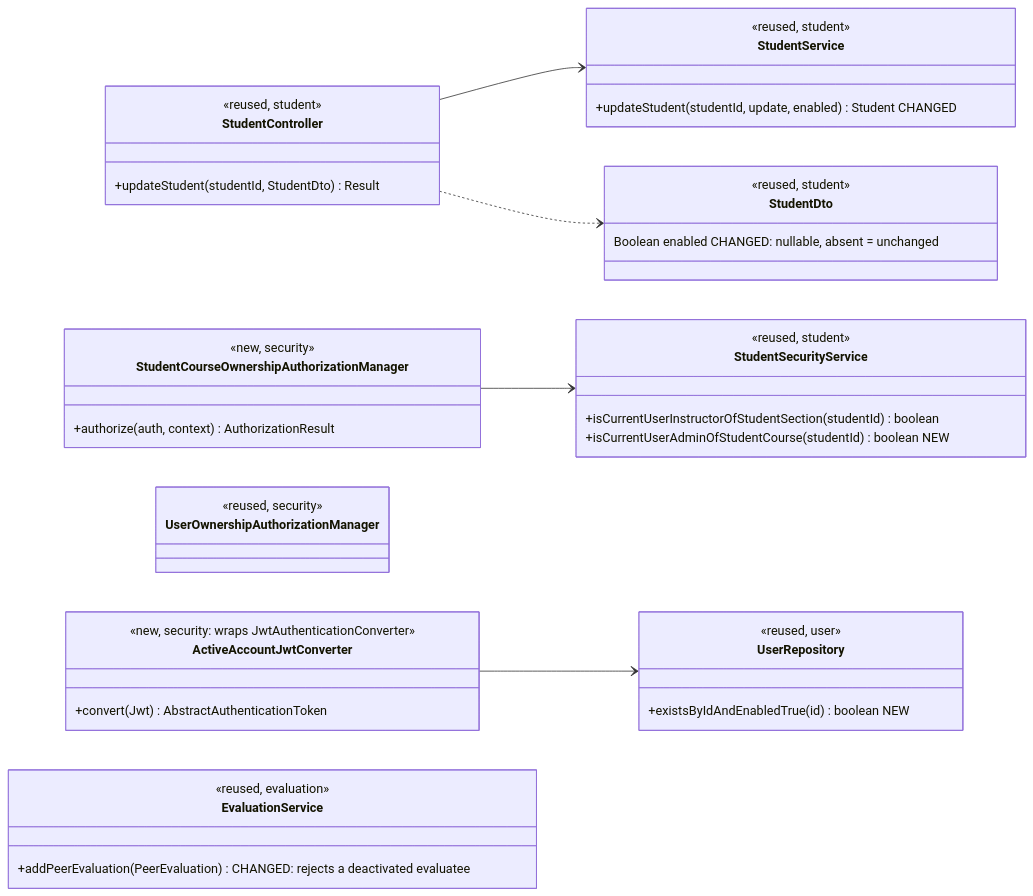
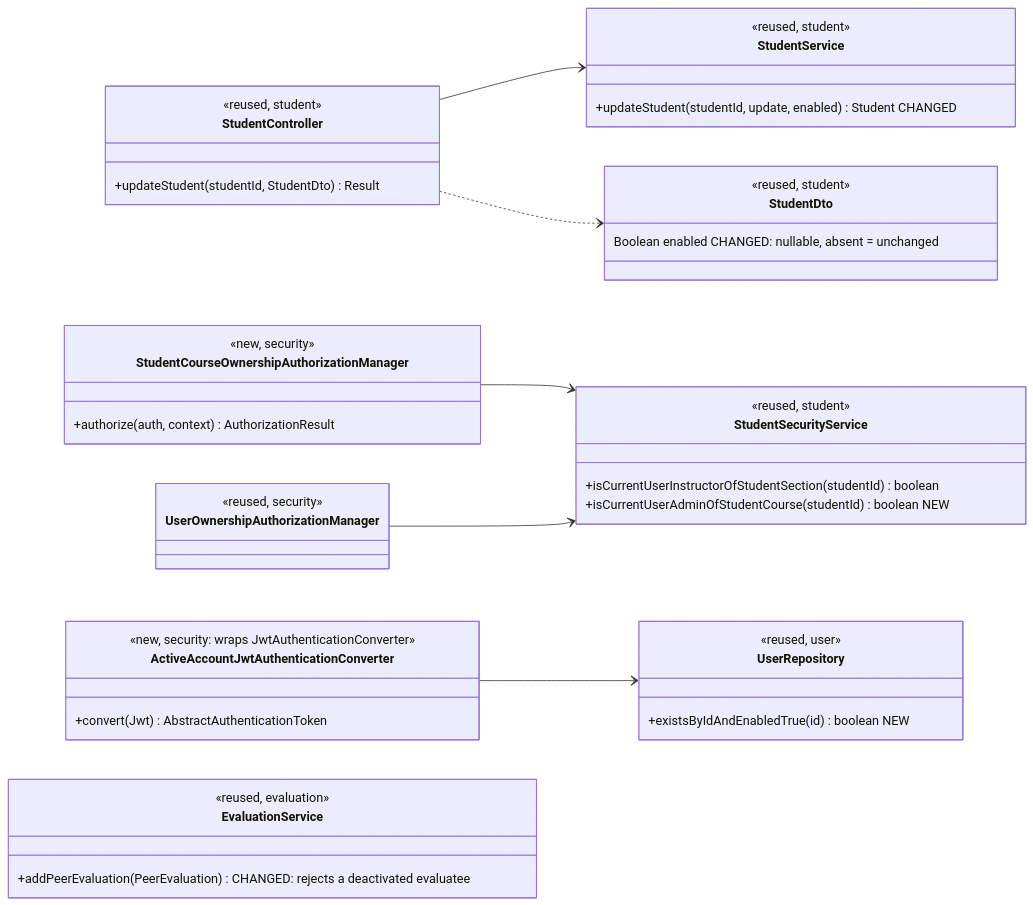
The first of 4 diagrams in docs/design/stu.md (PathNotFound404/add-a-use-case), drawn with Mermaid before and after one commit. The commit also changed other lines of this file and 1 other file, not shown here.

````diff
--- a/docs/design/stu.md
+++ b/docs/design/stu.md
@@ -21,44 +21,45 @@
 ```mermaid
 classDiagram
     direction LR
     class StudentController {
         <<reused, student>>
         +updateStudent(studentId, StudentDto) Result
     }
     class StudentService {
         <<reused, student>>
         +updateStudent(studentId, update, enabled) Student  CHANGED
     }
     class StudentDto {
         <<reused, student>>
         Boolean enabled  CHANGED: nullable, absent = unchanged
     }
     class StudentSecurityService {
         <<reused, student>>
         +isCurrentUserInstructorOfStudentSection(studentId) boolean
         +isCurrentUserAdminOfStudentCourse(studentId) boolean  NEW
     }
     class StudentCourseOwnershipAuthorizationManager {
         <<new, security>>
         +authorize(auth, context) AuthorizationResult
     }
     class UserOwnershipAuthorizationManager {
         <<reused, security>>
     }
-    class ActiveAccountJwtConverter {
+    class ActiveAccountJwtAuthenticationConverter {
         <<new, security: wraps JwtAuthenticationConverter>>
         +convert(Jwt) AbstractAuthenticationToken
     }
     class UserRepository {
         <<reused, user>>
         +existsByIdAndEnabledTrue(id) boolean  NEW
     }
     class EvaluationService {
         <<reused, evaluation>>
         +addPeerEvaluation(PeerEvaluation)  CHANGED: rejects a deactivated evaluatee
     }
     StudentController --> StudentService
     StudentController ..> StudentDto
     StudentCourseOwnershipAuthorizationManager --> StudentSecurityService
-    ActiveAccountJwtConverter --> UserRepository
+    UserOwnershipAuthorizationManager --> StudentSecurityService
+    ActiveAccountJwtAuthenticationConverter --> UserRepository
 ```
````
